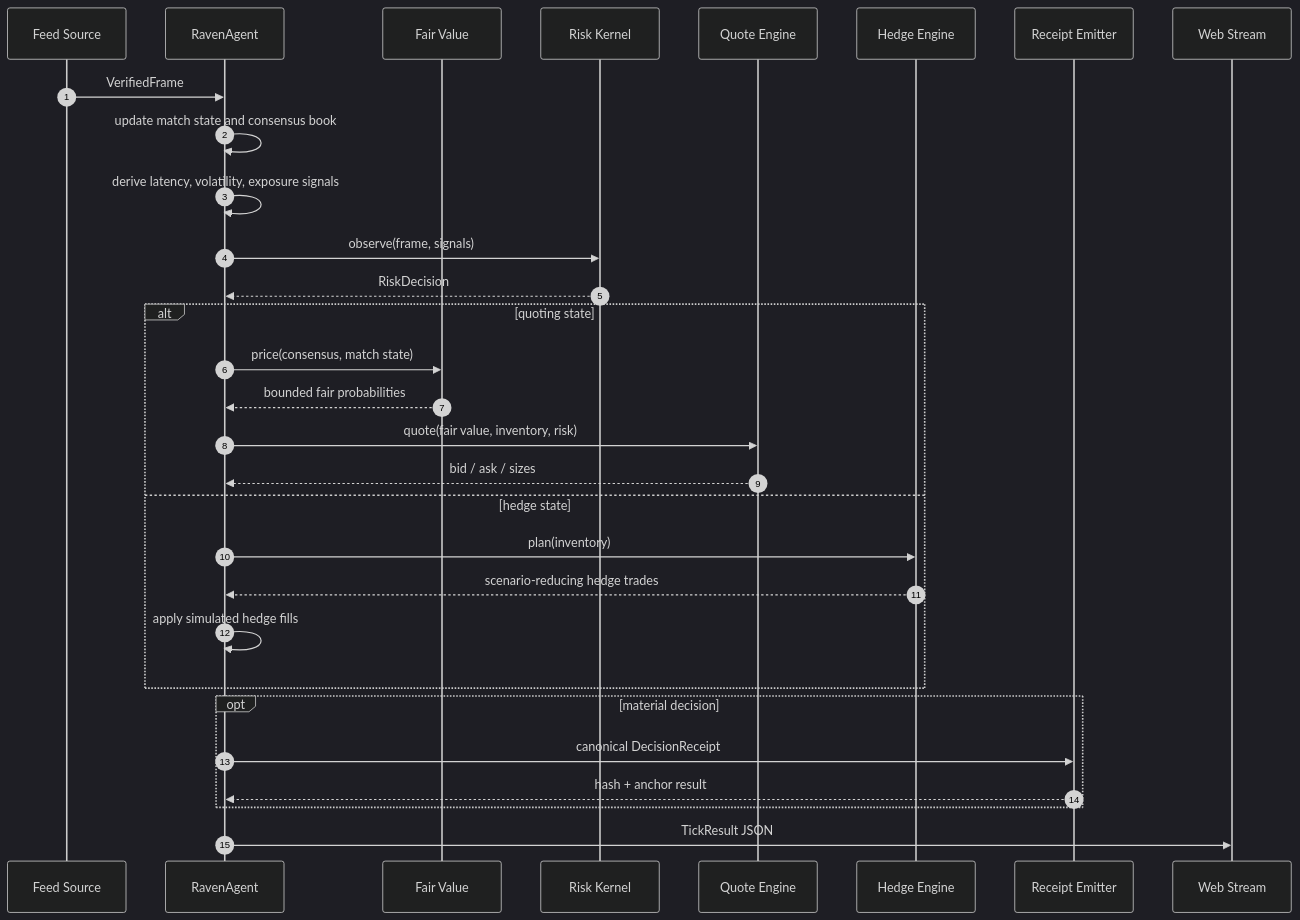
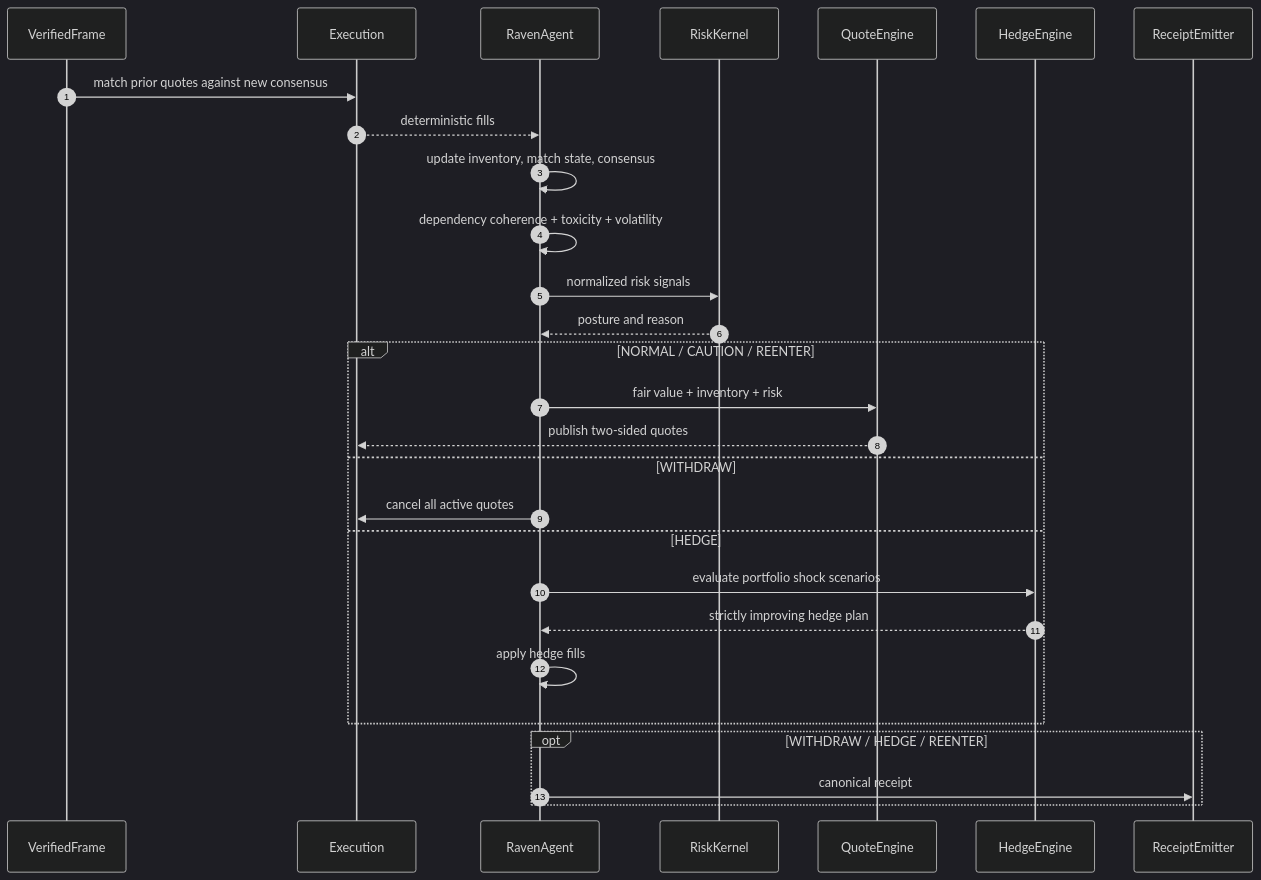
One commit to karagozemin/RAVEN changed the fifth of 11 diagrams in ARCHITECTURE.md. Above: the diagram before and after it, drawn with Mermaid (dark theme). The commit also changed other lines of this file and 59 other files, not shown here.

````diff
--- a/ARCHITECTURE.md
+++ b/ARCHITECTURE.md
@@ -93,33 +136,31 @@
 ```mermaid
 sequenceDiagram
     autonumber
-    participant S as Feed Source
+    participant F as VerifiedFrame
+    participant X as Execution
     participant A as RavenAgent
-    participant F as Fair Value
-    participant R as Risk Kernel
-    participant Q as Quote Engine
-    participant H as Hedge Engine
-    participant P as Receipt Emitter
-    participant W as Web Stream
+    participant R as RiskKernel
+    participant Q as QuoteEngine
+    participant H as HedgeEngine
+    participant P as ReceiptEmitter
 
-    S->>A: VerifiedFrame
-    A->>A: update match state and consensus book
-    A->>A: derive latency, volatility, exposure signals
-    A->>R: observe(frame, signals)
-    R-->>A: RiskDecision
-    alt quoting state
-        A->>F: price(consensus, match state)
-        F-->>A: bounded fair probabilities
-        A->>Q: quote(fair value, inventory, risk)
-        Q-->>A: bid / ask / sizes
-    else hedge state
-        A->>H: plan(inventory)
-        H-->>A: scenario-reducing hedge trades
-        A->>A: apply simulated hedge fills
+    F->>X: match prior quotes against new consensus
+    X-->>A: deterministic fills
+    A->>A: update inventory, match state, consensus
+    A->>A: dependency coherence + toxicity + volatility
+    A->>R: normalized risk signals
+    R-->>A: posture and reason
+    alt NORMAL / CAUTION / REENTER
+      A->>Q: fair value + inventory + risk
+      Q-->>X: publish two-sided quotes
+    else WITHDRAW
+      A->>X: cancel all active quotes
+    else HEDGE
+      A->>H: evaluate portfolio shock scenarios
+      H-->>A: strictly improving hedge plan
+      A->>A: apply hedge fills
     end
-    opt material decision
-        A->>P: canonical DecisionReceipt
-        P-->>A: hash + anchor result
+    opt WITHDRAW / HEDGE / REENTER
+      A->>P: canonical receipt
     end
-    A->>W: TickResult JSON
 ```
````
